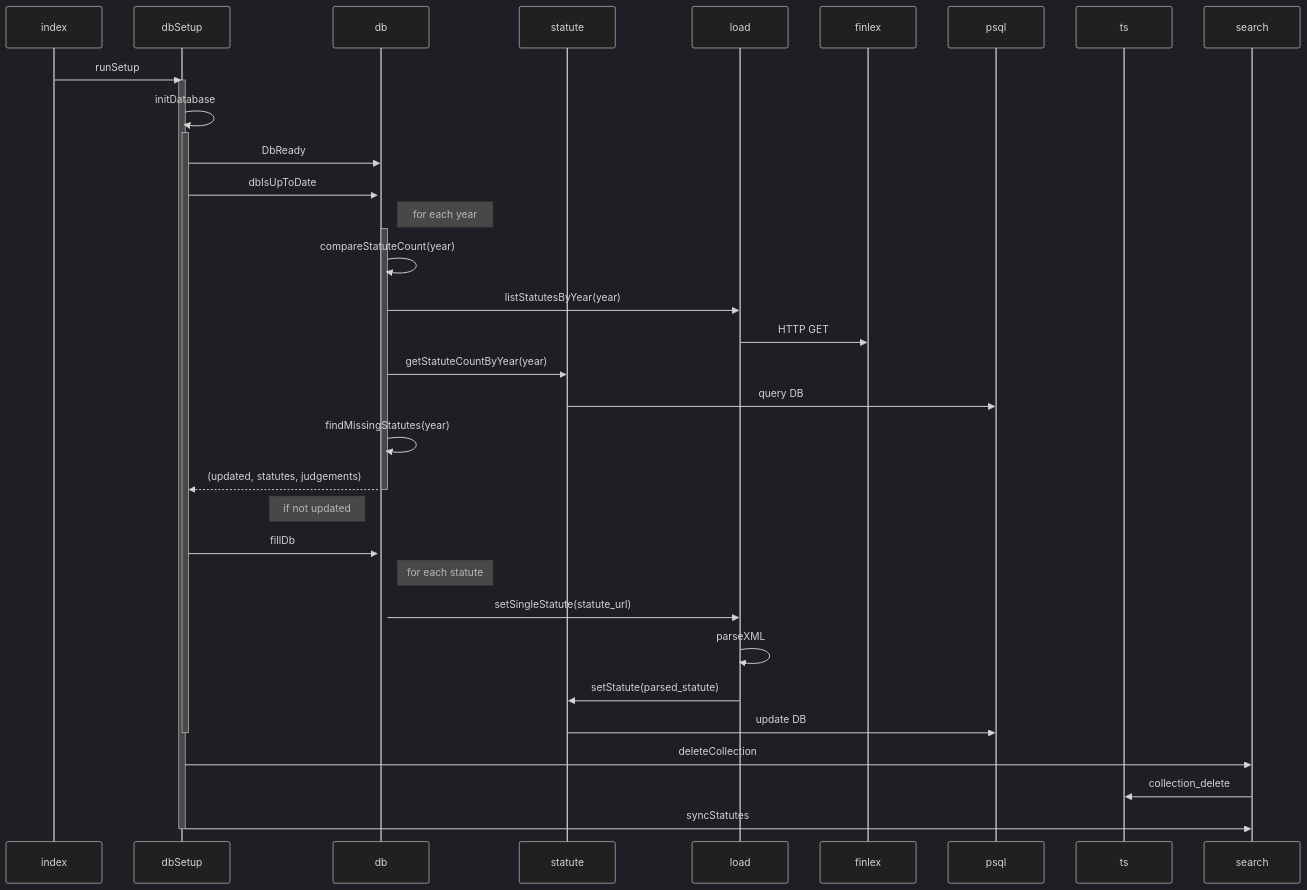
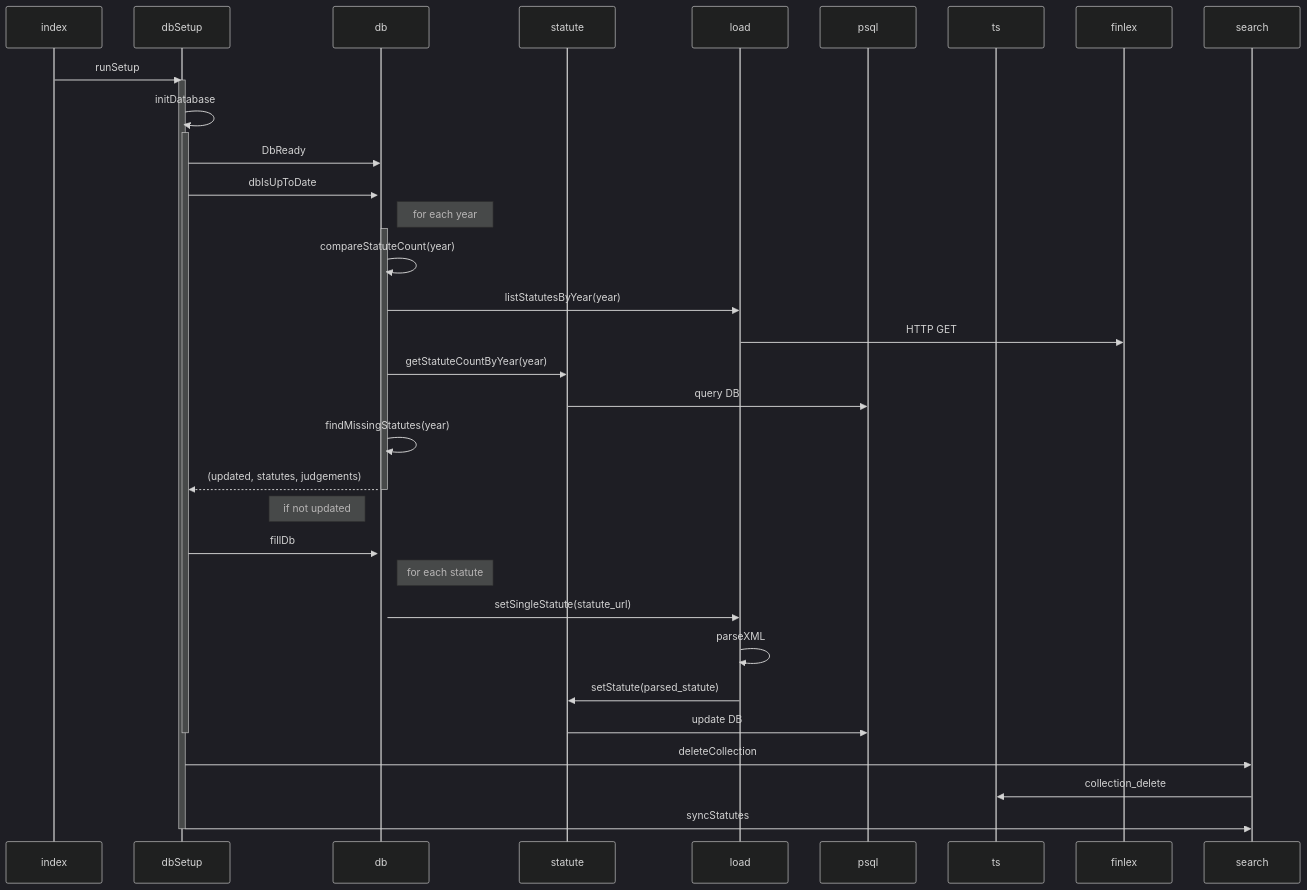
Before and after one commit to mluukkai/poc: the first of 3 diagrams in README.md, drawn with Mermaid (dark theme). The commit also changed other lines of this file, not shown here.

Commit message:
Add finlex participant to the sequence diagram

````diff
--- a/README.md
+++ b/README.md
@@ -1,41 +1,41 @@
 ```mermaid
 sequenceDiagram
   participant index
   participant dbSetup
   participant db
   participant statute
   participant load
-  participant finlex
   participant psql
   participant ts
+  participant finlex
 
   index ->> dbSetup: runSetup
   activate dbSetup
   dbSetup ->> dbSetup: initDatabase
   activate dbSetup
   dbSetup ->> db: DbReady
   dbSetup ->>+ db: dbIsUpToDate
   Note right of db: for each year
   activate db
   db ->> db: compareStatuteCount(year)
   db ->> load: listStatutesByYear(year)
   load ->> finlex: HTTP GET
   db ->> statute: getStatuteCountByYear(year)
   statute ->> psql: query DB
   db ->> db: findMissingStatutes(year)
   db -->> dbSetup: (updated, statutes, judgements)
   deactivate db
   Note left of db: if not updated
   dbSetup ->> db: fillDb
   activate db
   Note right of db: for each statute
   db ->> load: setSingleStatute(statute_url)
   load ->> load: parseXML
   load ->> statute: setStatute(parsed_statute)
   statute ->> psql: update DB
   deactivate dbSetup
   dbSetup ->> search: deleteCollection
   search->>ts: collection_delete
   dbSetup ->> search: syncStatutes
   deactivate dbSetup
 ```
````
